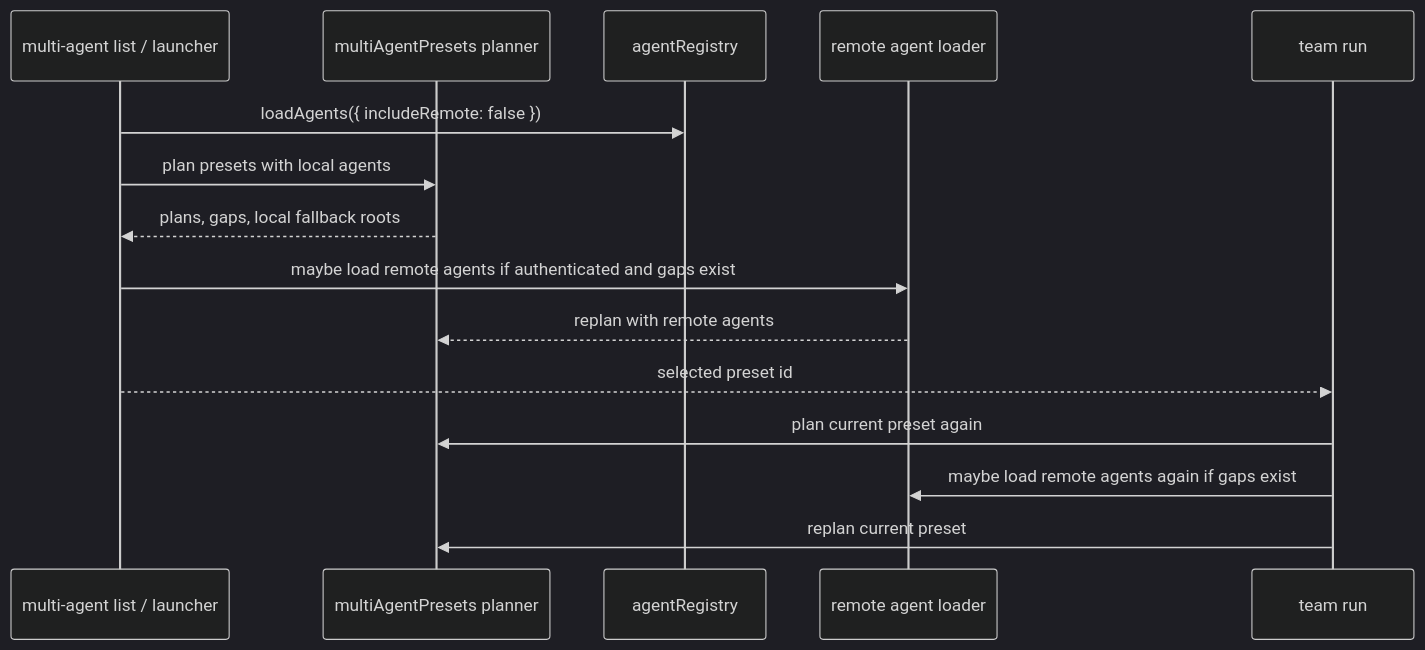
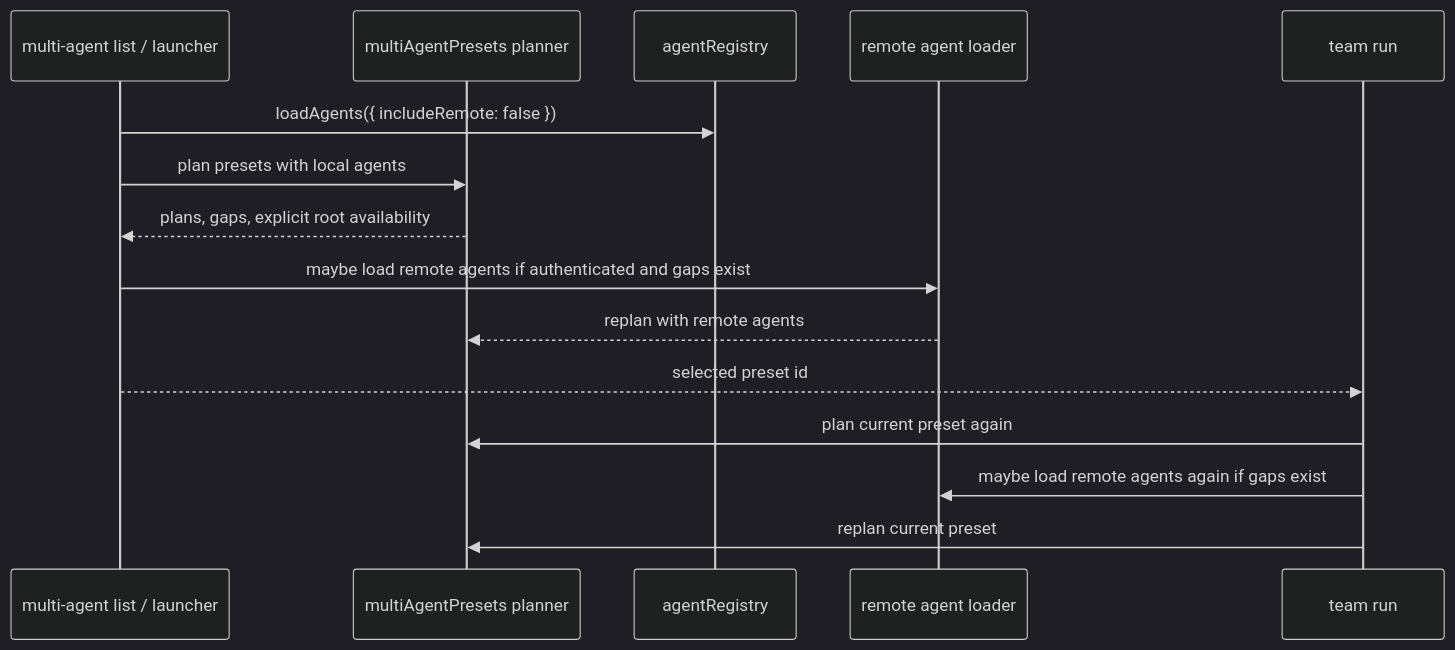
Before and after one commit to LionSR/TeXRA: the fourth of 5 diagrams in docs/architecture/cli-runtime-round-trips.md, drawn with Mermaid (dark theme). The commit also changed other lines of this file and 4 other files, not shown here.

Commit message:
fix: keep built-in team roots explicit

````diff
--- a/docs/architecture/cli-runtime-round-trips.md
+++ b/docs/architecture/cli-runtime-round-trips.md
@@ -151,18 +151,18 @@
 ```mermaid
 sequenceDiagram
   participant L as multi-agent list / launcher
   participant P as multiAgentPresets planner
   participant A as agentRegistry
   participant R as remote agent loader
   participant Run as team run
 
   L->>A: loadAgents({ includeRemote: false })
   L->>P: plan presets with local agents
-  P-->>L: plans, gaps, local fallback roots
+  P-->>L: plans, gaps, explicit root availability
   L->>R: maybe load remote agents if authenticated and gaps exist
   R-->>P: replan with remote agents
   L-->>Run: selected preset id
   Run->>P: plan current preset again
   Run->>R: maybe load remote agents again if gaps exist
   Run->>P: replan current preset
 ```
````
